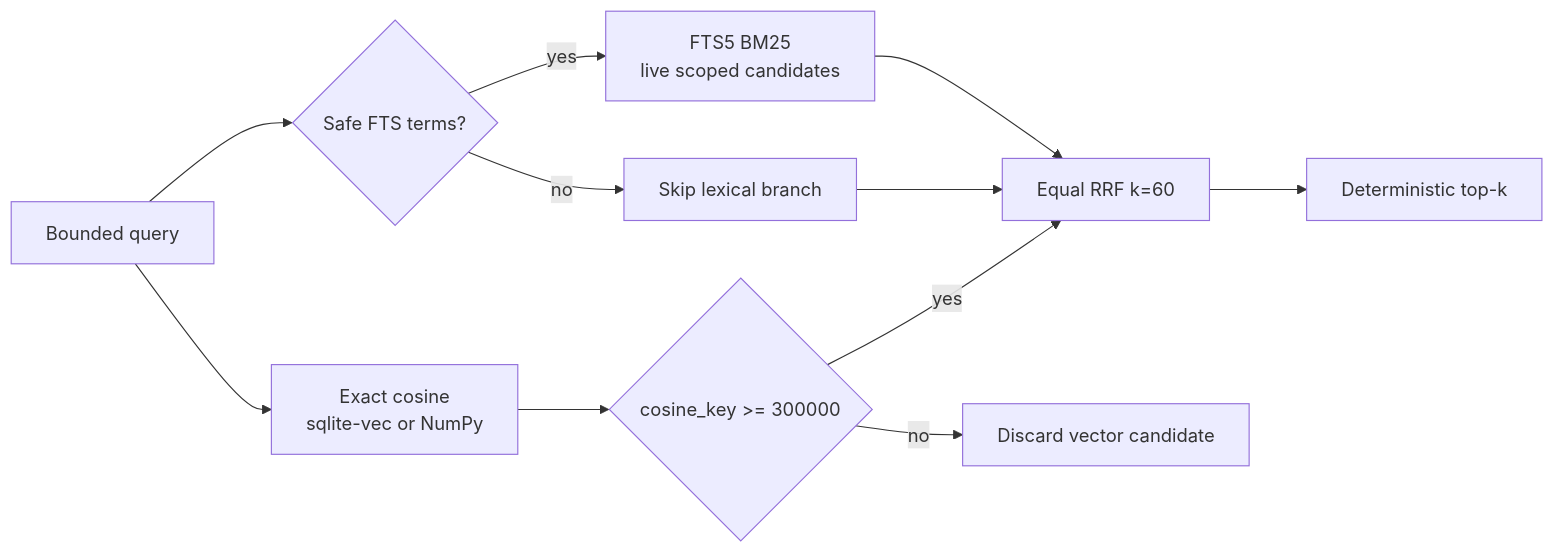
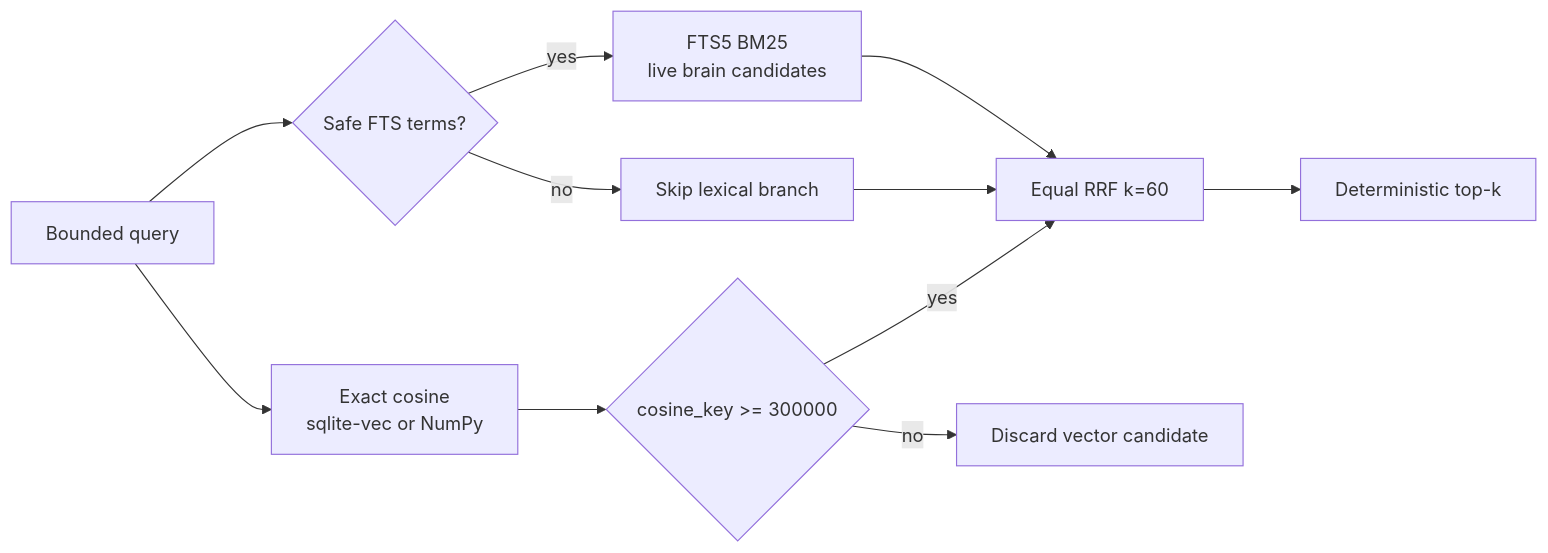
One commit to Flowerf19/another-brain changed the fifth of 10 diagrams in .agents/plans/07-multiplatform-embedded-runtime.md. Above: the diagram before and after it, drawn with Mermaid. The commit also changed other lines of this file and 50 other files, not shown here.

````diff
--- a/.agents/plans/07-multiplatform-embedded-runtime.md
+++ b/.agents/plans/07-multiplatform-embedded-runtime.md
@@ -373,13 +373,13 @@
 ```mermaid
 flowchart LR
     Query["Bounded query"] --> Terms{"Safe FTS terms?"}
-    Terms -->|yes| Lex["FTS5 BM25<br/>live scoped candidates"]
+    Terms -->|yes| Lex["FTS5 BM25<br/>live brain candidates"]
     Terms -->|no| Skip["Skip lexical branch"]
     Query --> Vec["Exact cosine<br/>sqlite-vec or NumPy"]
     Vec --> Floor{"cosine_key >= 300000"}
     Lex --> Fuse["Equal RRF k=60"]
     Floor -->|yes| Fuse
     Floor -->|no| Drop["Discard vector candidate"]
     Skip --> Fuse
     Fuse --> Stable["Deterministic top-k"]
 ```
````
